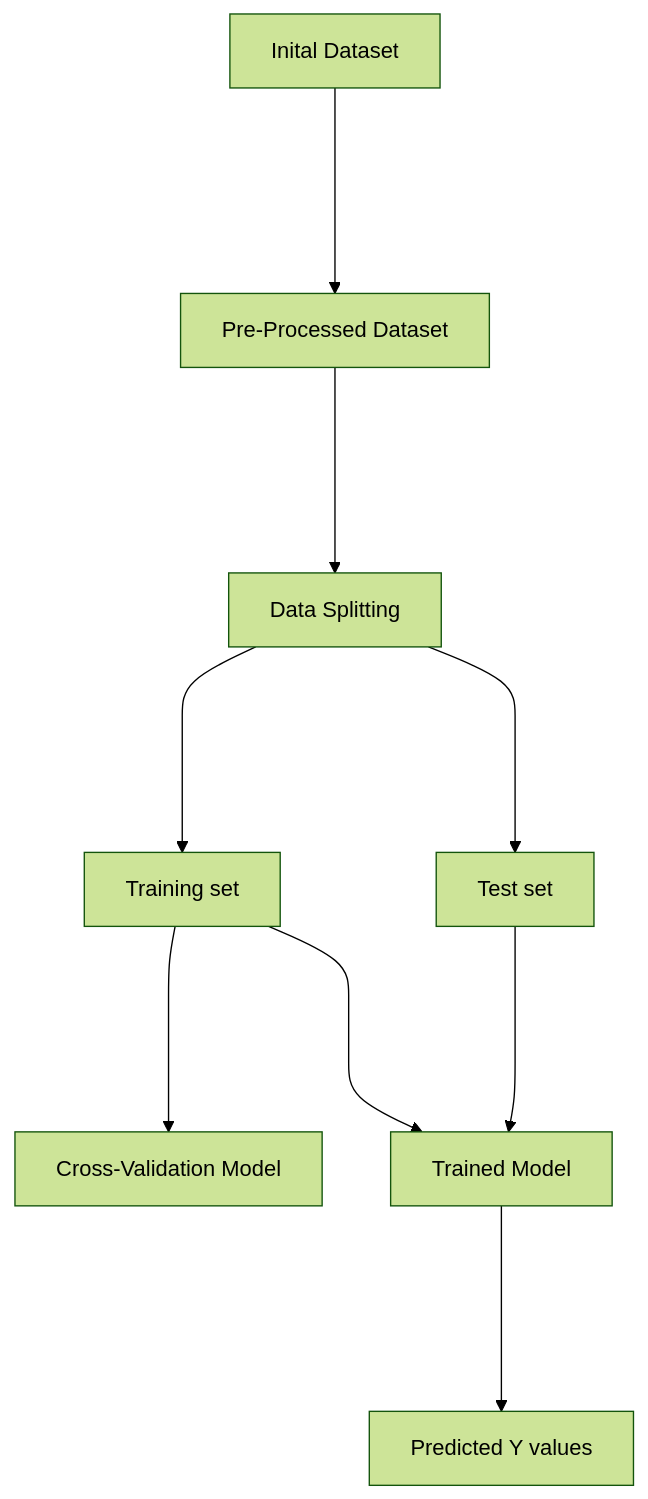
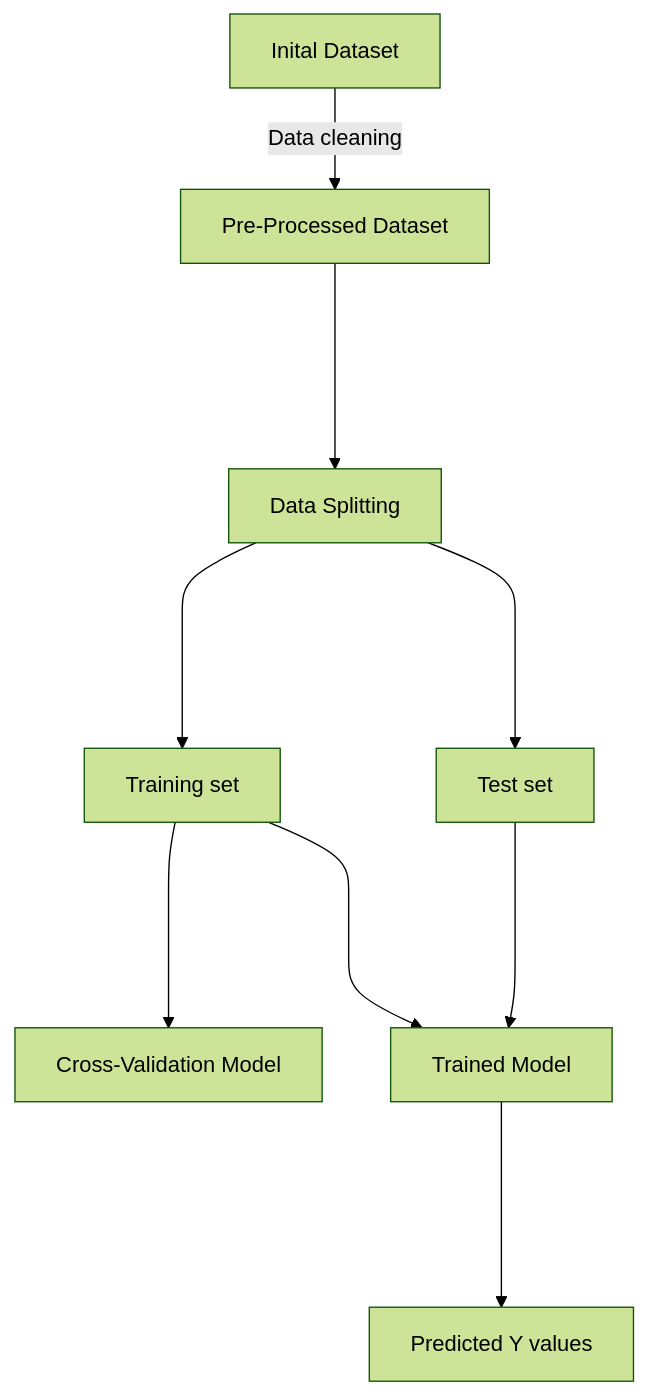
The third of 3 diagrams in README.md (dataprofessor/mermaid), drawn with Mermaid (forest theme) before and after one commit.

````diff
--- a/README.md
+++ b/README.md
@@ -29,11 +29,11 @@
 ```mermaid
 flowchart TD
-  A[Inital Dataset] ----> B[Pre-Processed Dataset];
+  A[Inital Dataset] --Data cleaning--> B[Pre-Processed Dataset];
   B ----> C[Data Splitting];
   C ----> D[Training set];
   C ----> E[Test set];
   D ----> F[Cross-Validation Model];
   D ----> G[Trained Model];
   E ----> G[Trained Model];
   G ----> H[Predicted Y values];
 ```
````
